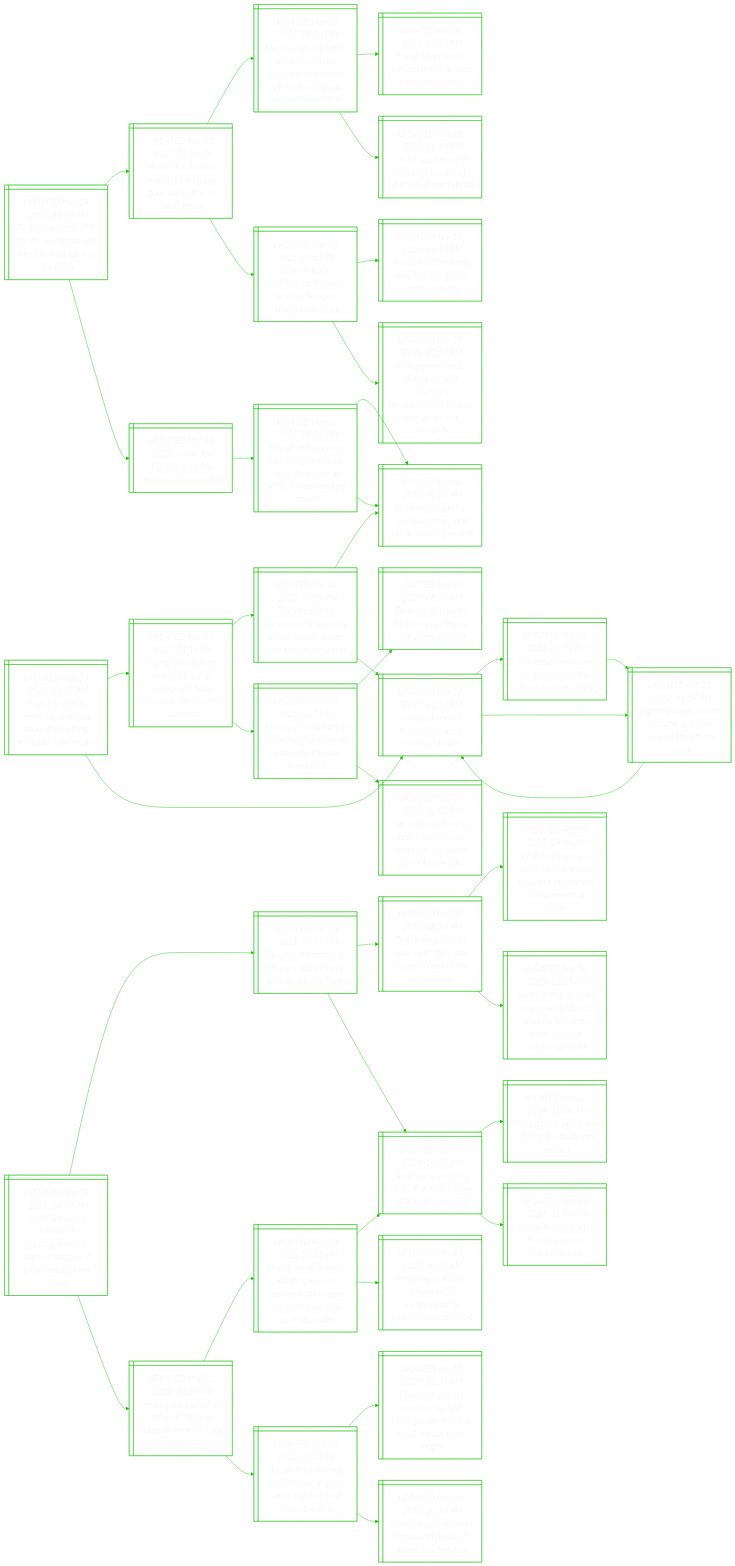
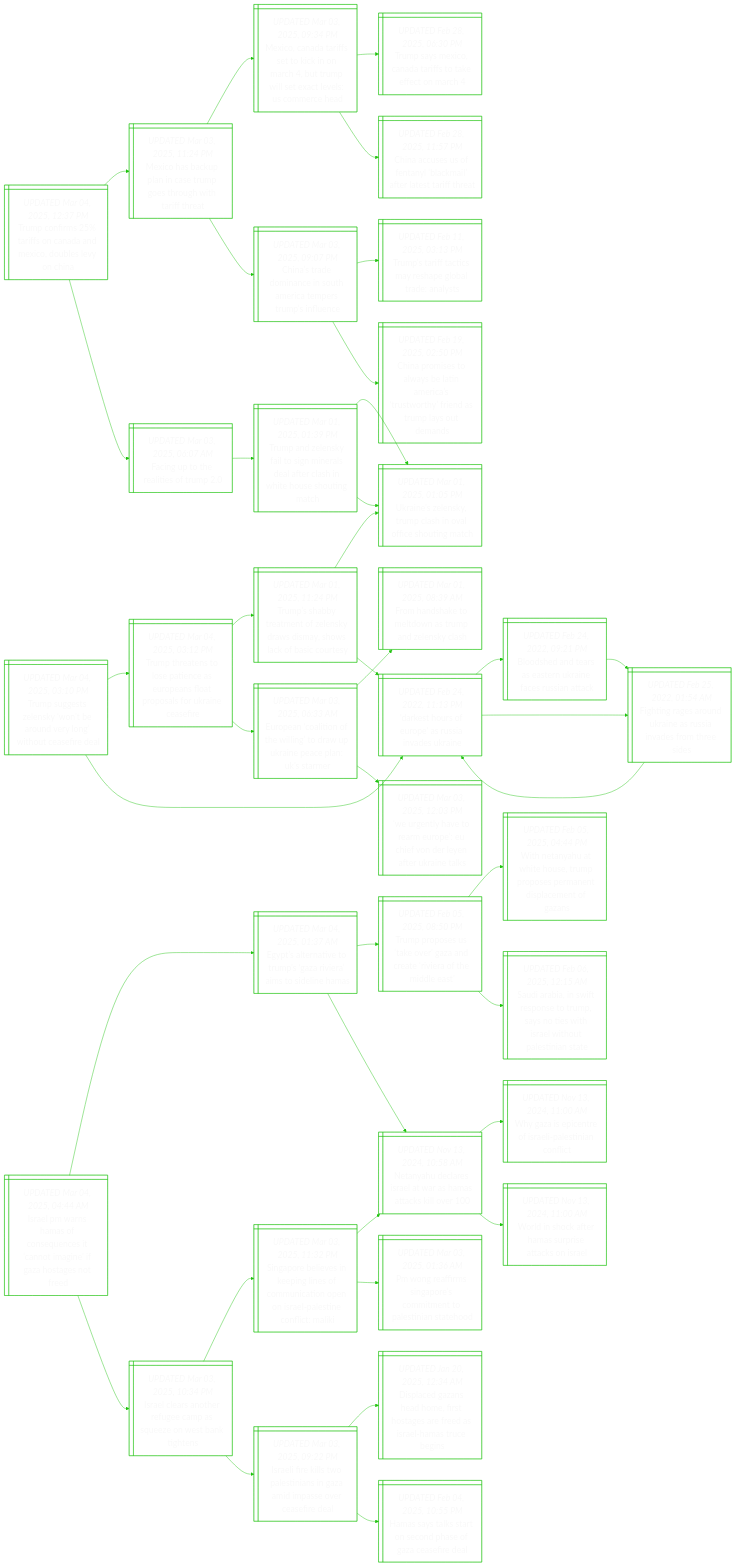
The diagram in README.md (notJmes/notJmes), drawn with Mermaid before and after one commit. The commit also changed other lines of this file, not shown here.

```diff
--- a/README.md
+++ b/README.md
@@ -16,7 +16,7 @@
 flowchart LR
 classDef txtsize font-size:20px;
 
-TcrroadcbeC@{ shape: win-pane, label: "_UPDATED Mar 04, 2025, 11:13 AM_
+TcrroadcbeC@{ shape: win-pane, label: "_UPDATED Mar 04, 2025, 12:37 PM_
 Trump confirms 25% tariffs on canada and mexico, doubles levy on china" }
 MoapnTghhtfa@{ shape: win-pane, label: "_UPDATED Mar 03, 2025, 11:24 PM_
 Mexico has backup plan in case trump goes through with tariff threat" }
@@ -53,9 +53,9 @@
 TalytnretaWHsit:::txtsize --> Unlyphaiogh:::txtsize
 TalytnretaWHsit:::txtsize --> Unlyphaiogh:::txtsize
 
-Tsslyburgoarl@{ shape: win-pane, label: "_UPDATED Mar 04, 2025, 11:17 AM_
+Tsslyburgoarl@{ shape: win-pane, label: "_UPDATED Mar 04, 2025, 03:10 PM_
 Trump suggests zelensky ‘won’t be around very long’ without ceasefire deal" }
-TttopnEelrariar@{ shape: win-pane, label: "_UPDATED Mar 04, 2025, 11:16 AM_
+TttopnEelrariar@{ shape: win-pane, label: "_UPDATED Mar 04, 2025, 03:12 PM_
 Trump threatens to lose patience as europeans float proposals for ukraine ceasefire" }
 Tsbatlysawksuy@{ shape: win-pane, label: "_UPDATED Mar 01, 2025, 11:24 PM_
 Trump’s shabby treatment of zelensky draws dismay, shows lack of basic courtesy" }
```
